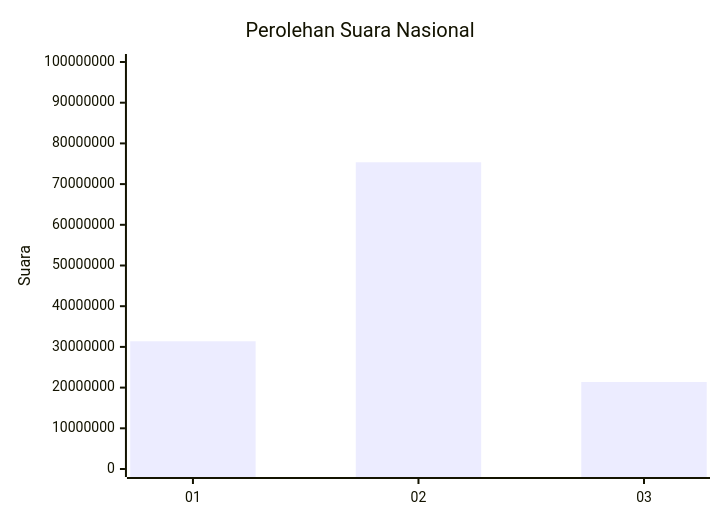
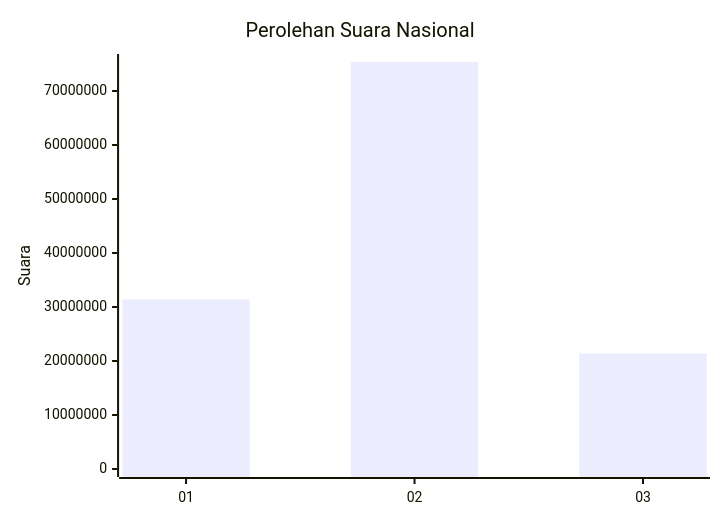
The first of 2 diagrams in pilpres/hitung-suara/README.md (gigit-pemilu/pemilu-2024), drawn with Mermaid before and after one commit. The commit also changed other lines of this file and 42 other files, not shown here.

````diff
--- a/pilpres/hitung-suara/README.md
+++ b/pilpres/hitung-suara/README.md
@@ -85,7 +85,7 @@
 ```mermaid
 xychart-beta
     title "Perolehan Suara Nasional"
     x-axis [01, 02, 03]
-    y-axis "Suara" 0 --> 100000000
-    bar [31387112, 75367310, 21375903]
+    y-axis "Suara" 0 --> 75367210
+    bar [31387045, 75367210, 21375896]
 ```
````
